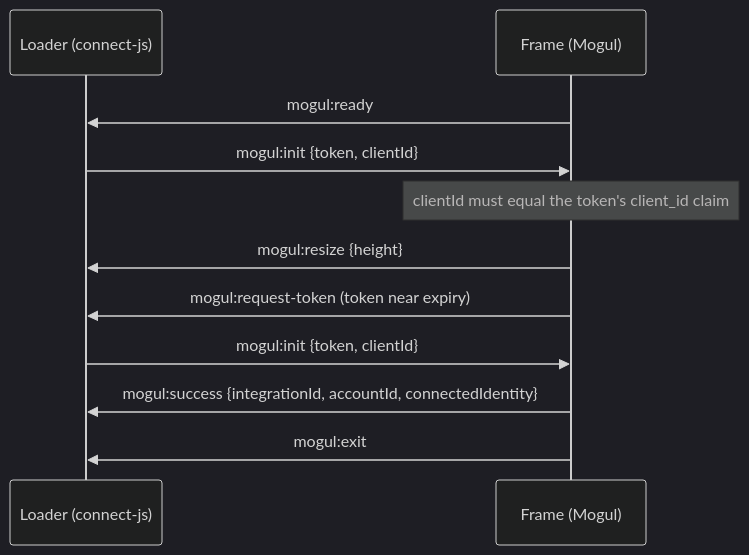
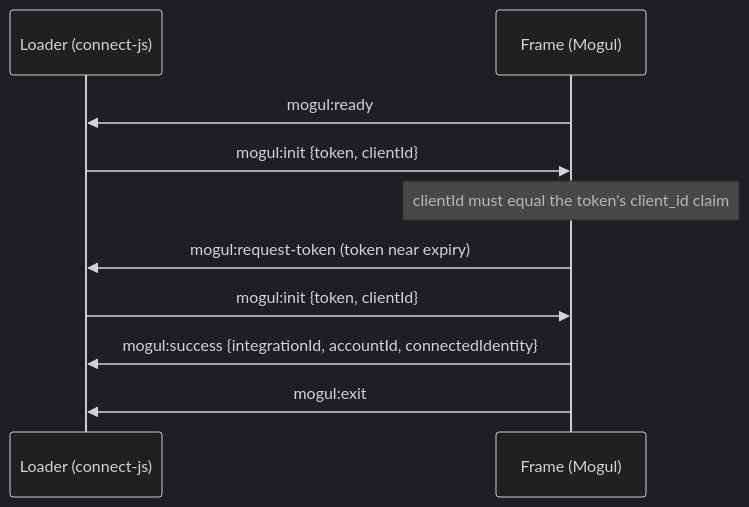
The diagram in packages/connect-js/README.md (shawnbush/mogul-connect-sdk), drawn with Mermaid (dark theme) before and after one commit. The commit also changed other lines of this file and 11 other files, not shown here.

````diff
--- a/packages/connect-js/README.md
+++ b/packages/connect-js/README.md
@@ -87,13 +88,12 @@
 ```mermaid
 sequenceDiagram
     participant L as Loader (connect-js)
     participant F as Frame (Mogul)
     F->>L: mogul:ready
     L->>F: mogul:init {token, clientId}
     Note over F: clientId must equal the token's client_id claim
-    F->>L: mogul:resize {height}
     F->>L: mogul:request-token (token near expiry)
     L->>F: mogul:init {token, clientId}
     F->>L: mogul:success {integrationId, accountId, connectedIdentity}
     F->>L: mogul:exit
 ```
````
